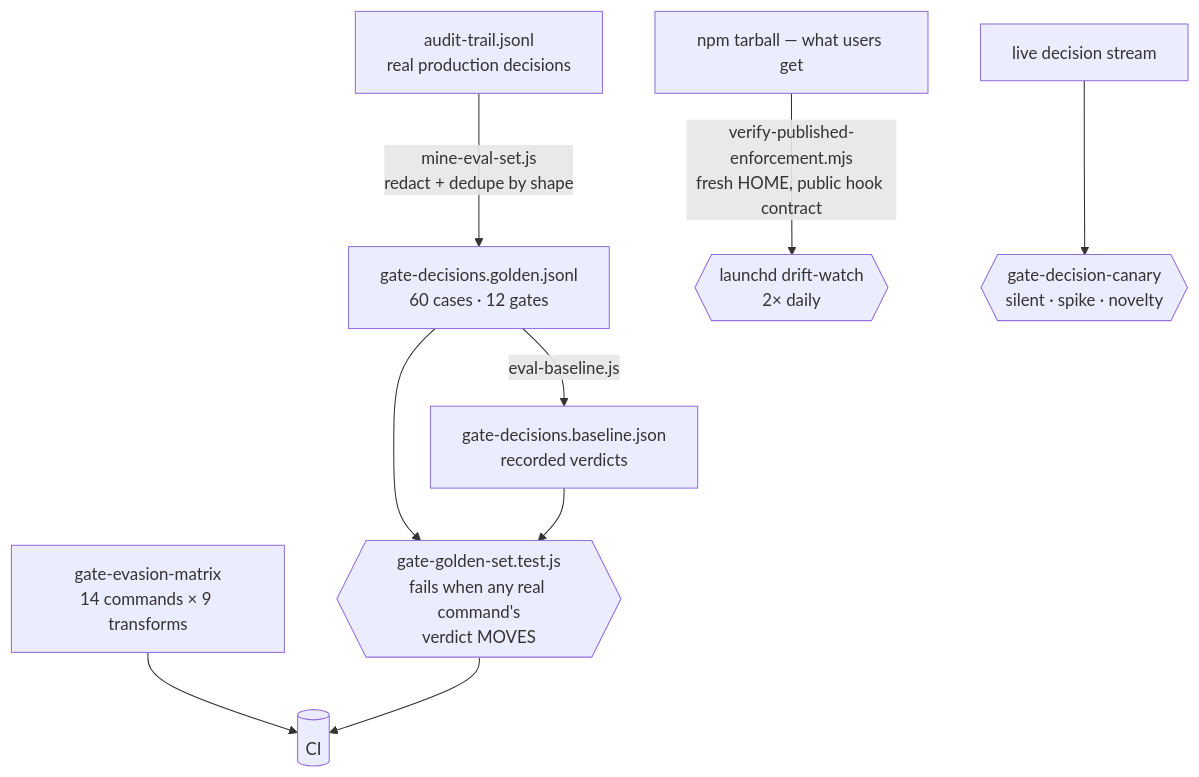
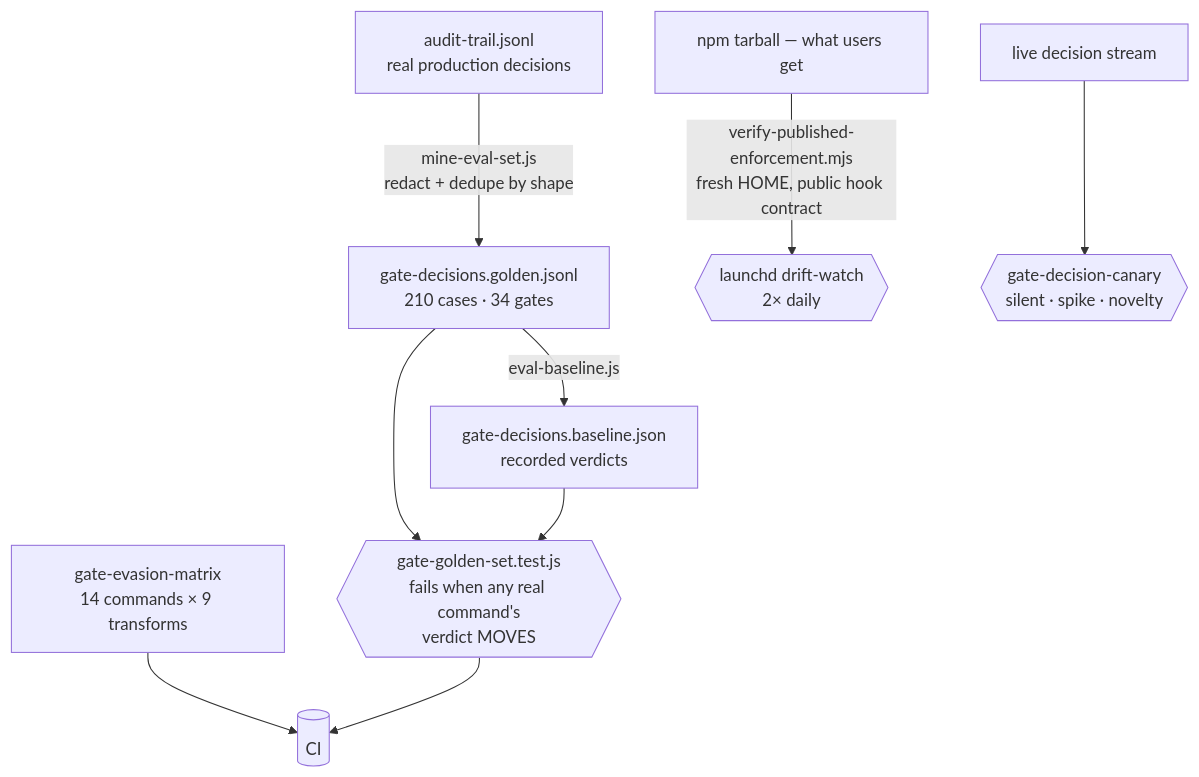
The third of 3 diagrams in docs/ML-EVALUATION.md (IgorGanapolsky/ThumbGate), drawn with Mermaid before and after one commit. The commit also changed 25 other files, not shown here.

First line of the commit message:
feat(evals): mine real golden sets (>=200 gate, >=100 retrieval, >=50 answer/outcome) + sealed holdouts

````diff
--- a/docs/ML-EVALUATION.md
+++ b/docs/ML-EVALUATION.md
@@ -161,11 +161,11 @@
 ```mermaid
 flowchart TD
-    A["audit-trail.jsonl<br/>real production decisions"] -->|"mine-eval-set.js<br/>redact + dedupe by shape"| G["gate-decisions.golden.jsonl<br/>60 cases · 12 gates"]
+    A["audit-trail.jsonl<br/>real production decisions"] -->|"mine-eval-set.js<br/>redact + dedupe by shape"| G["gate-decisions.golden.jsonl<br/>210 cases · 34 gates"]
     G -->|eval-baseline.js| B["gate-decisions.baseline.json<br/>recorded verdicts"]
     G --> D
     B --> D{{"gate-golden-set.test.js<br/>fails when any real command's<br/>verdict MOVES"}}
     E["gate-evasion-matrix<br/>14 commands × 9 transforms"] --> CI[("CI")]
     D --> CI
     P["npm tarball — what users get"] -->|"verify-published-enforcement.mjs<br/>fresh HOME, public hook contract"| W{{"launchd drift-watch<br/>2× daily"}}
     L["live decision stream"] --> C{{"gate-decision-canary<br/>silent · spike · novelty"}}
 ```
````
